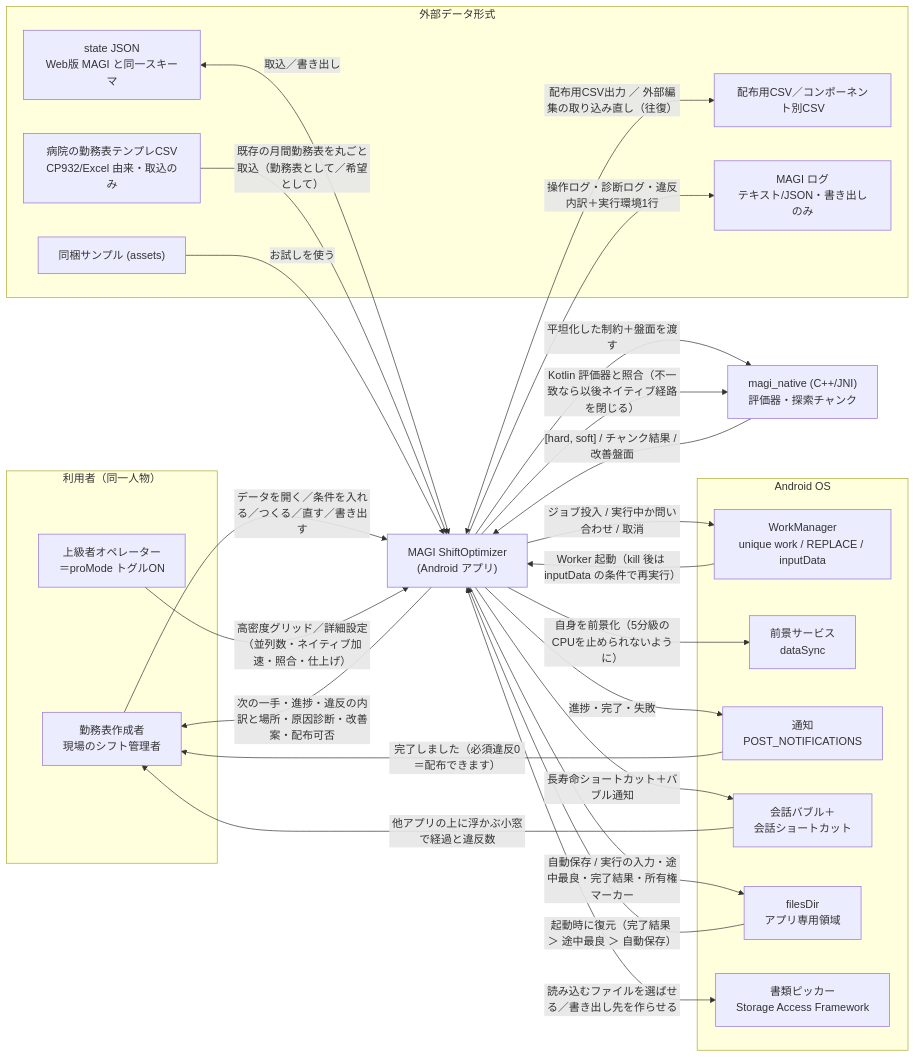
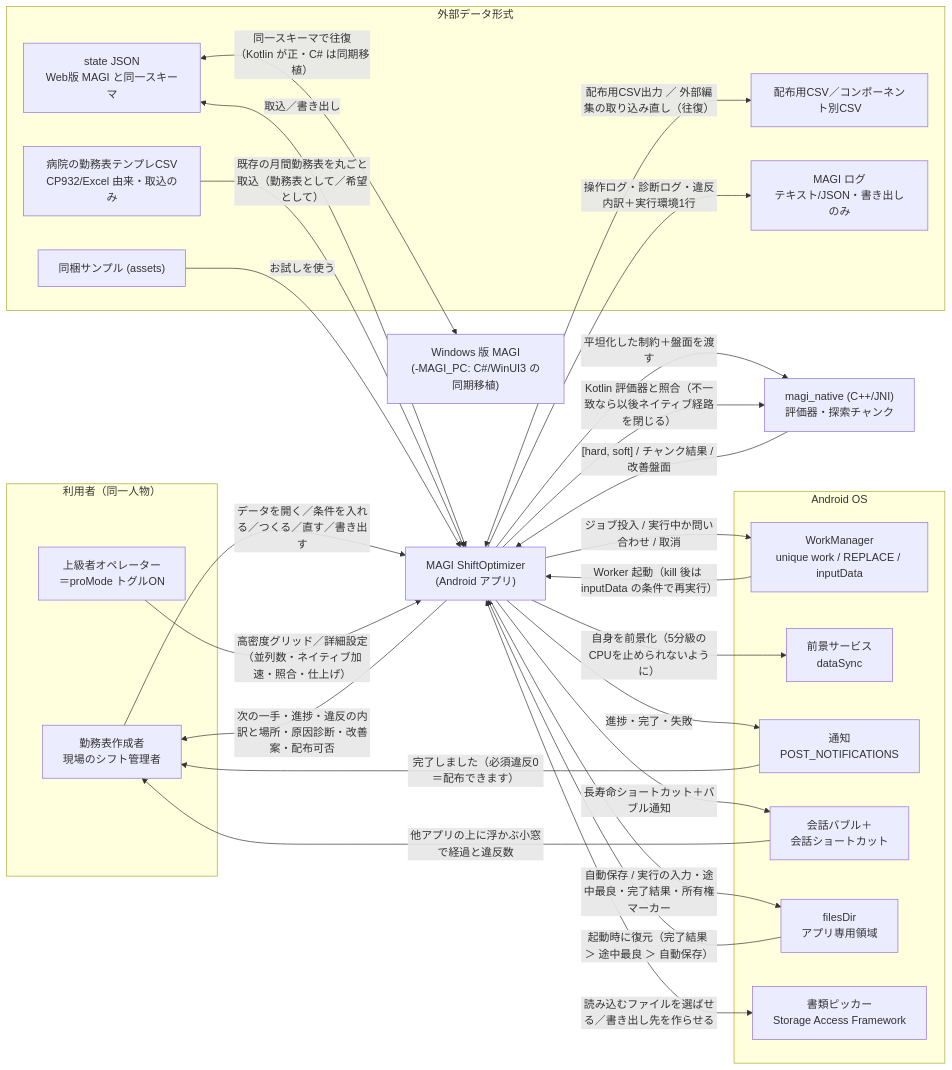
One commit to ichirocc/magi7ichiro-fork changed the first of 4 diagrams in docs/sudo_model.md. Above: the diagram before and after it, drawn with Mermaid. The commit also changed other lines of this file and 4 other files, not shown here.

````diff
--- a/docs/sudo_model.md
+++ b/docs/sudo_model.md
@@ -29,53 +30,55 @@
 ```mermaid
 flowchart LR
   subgraph Person["利用者（同一人物）"]
     A["勤務表作成者<br/>現場のシフト管理者"]
     A2["上級者オペレーター<br/>＝proMode トグルON"]
   end
 
   APP["MAGI ShiftOptimizer<br/>(Android アプリ)"]
 
   subgraph OS["Android OS"]
     WM["WorkManager<br/>unique work / REPLACE / inputData"]
     FGS["前景サービス<br/>dataSync"]
     NOTI["通知<br/>POST_NOTIFICATIONS"]
     BUB["会話バブル＋<br/>会話ショートカット"]
     FS["filesDir<br/>アプリ専用領域"]
     SAF["書類ピッカー<br/>Storage Access Framework"]
   end
 
   NATIVE["magi_native (C++/JNI)<br/>評価器・探索チャンク"]
+  WIN["Windows 版 MAGI<br/>(-MAGI_PC: C#/WinUI3 の同期移植)"]
 
   subgraph Data["外部データ形式"]
     SJ["state JSON<br/>Web版 MAGI と同一スキーマ"]
     TCSV["病院の勤務表テンプレCSV<br/>CP932/Excel 由来・取込のみ"]
     DCSV["配布用CSV／コンポーネント別CSV"]
     LOG["MAGI ログ<br/>テキスト/JSON・書き出しのみ"]
     ASSET["同梱サンプル (assets)"]
   end
 
   A -->|"データを開く／条件を入れる／つくる／直す／書き出す"| APP
   APP -->|"次の一手・進捗・違反の内訳と場所・原因診断・改善案・配布可否"| A
   A2 -->|"高密度グリッド／詳細設定（並列数・ネイティブ加速・照合・仕上げ）"| APP
 
   APP -->|"ジョブ投入 / 実行中か問い合わせ / 取消"| WM
   WM -->|"Worker 起動（kill 後は inputData の条件で再実行）"| APP
   APP -->|"自身を前景化（5分級のCPUを止められないように）"| FGS
   APP -->|"進捗・完了・失敗"| NOTI
   NOTI -->|"完了しました（必須違反0＝配布できます）"| A
   APP -->|"長寿命ショートカット＋バブル通知"| BUB
   BUB -->|"他アプリの上に浮かぶ小窓で経過と違反数"| A
   APP -->|"自動保存 / 実行の入力・途中最良・完了結果・所有権マーカー"| FS
   FS -->|"起動時に復元（完了結果 ＞ 途中最良 ＞ 自動保存）"| APP
   APP <-->|"読み込むファイルを選ばせる／書き出し先を作らせる"| SAF
 
   APP -->|"平坦化した制約＋盤面を渡す"| NATIVE
   NATIVE -->|"[hard, soft] / チャンク結果 / 改善盤面"| APP
   APP -->|"Kotlin 評価器と照合（不一致なら以後ネイティブ経路を閉じる）"| NATIVE
 
   SJ <-->|"取込／書き出し"| APP
+  SJ <-->|"同一スキーマで往復（Kotlin が正・C# は同期移植）"| WIN
   TCSV -->|"既存の月間勤務表を丸ごと取込（勤務表として／希望として）"| APP
   APP <-->|"配布用CSV出力 ／ 外部編集の取り込み直し（往復）"| DCSV
   APP -->|"操作ログ・診断ログ・違反内訳＋実行環境1行"| LOG
   ASSET -->|"お試しを使う"| APP
 ```
````
